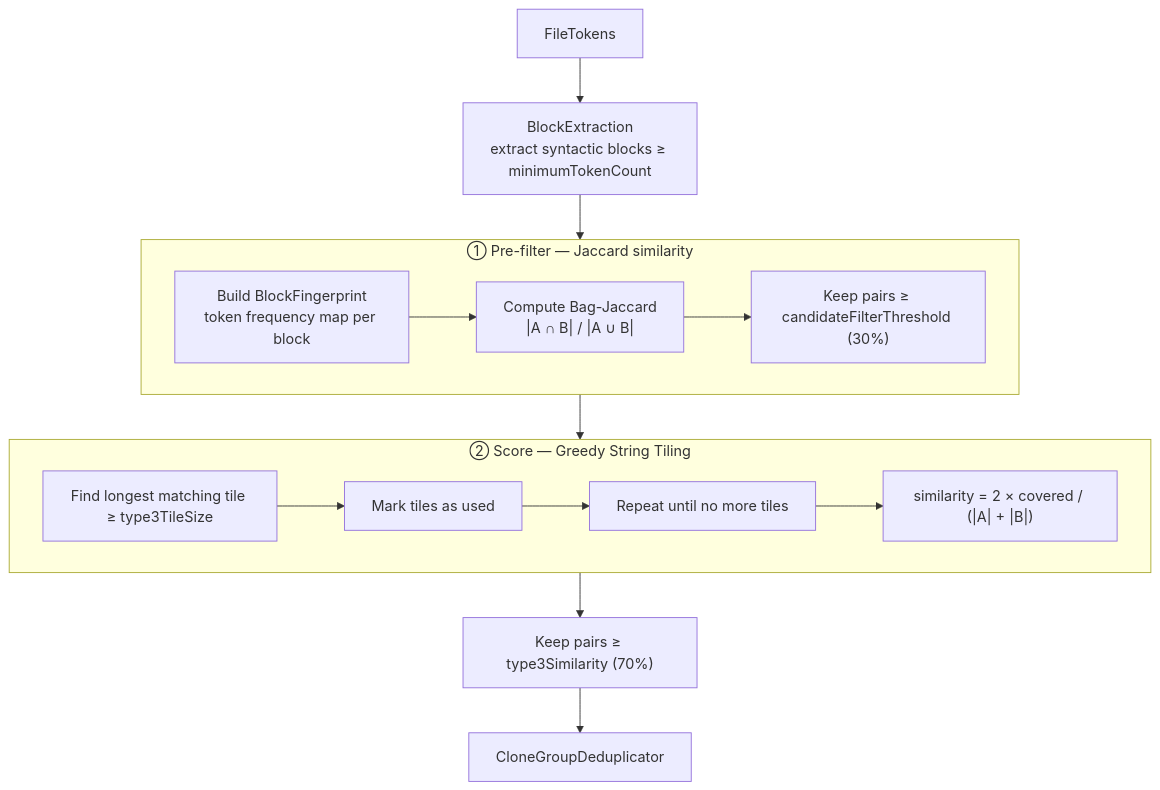
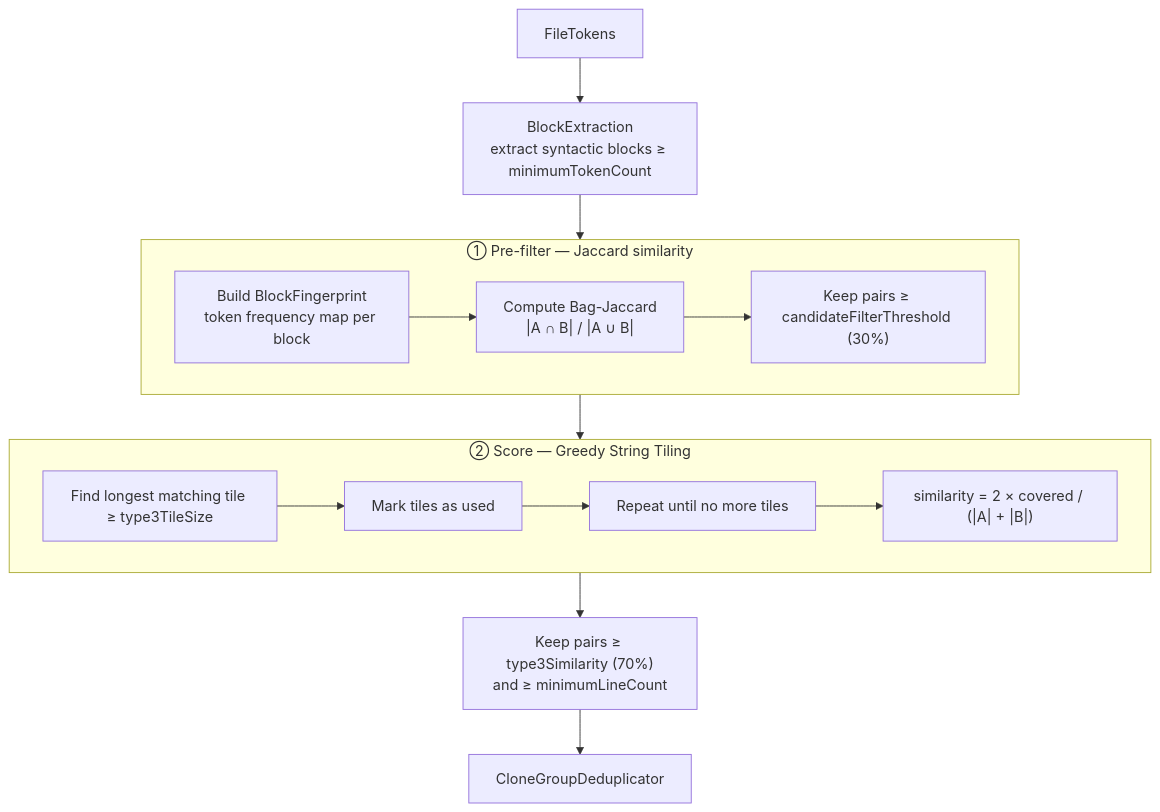
One commit to ericodx/swift-cpd changed the third of 4 diagrams in Docs/Architecture/03-detection.md. Above: the diagram before and after it, drawn with Mermaid. The commit also changed other lines of this file, not shown here.

Commit message:
docs: correct block kinds, filters, ASG nodes and scoring weights in the detection architecture

````diff
--- a/Docs/Architecture/03-detection.md
+++ b/Docs/Architecture/03-detection.md
@@ -87,22 +87,22 @@
 ```mermaid
 flowchart TD
     A[FileTokens] --> B["BlockExtraction<br/>extract syntactic blocks ≥ minimumTokenCount"]
     B --> C
 
     subgraph C["① Pre-filter — Jaccard similarity"]
         C1[Build BlockFingerprint<br/>token frequency map per block]
         C1 --> C2["Compute Bag-Jaccard<br/>|A ∩ B| / |A ∪ B|"]
         C2 --> C3["Keep pairs ≥ candidateFilterThreshold (30%)"]
     end
 
     C --> D
 
     subgraph D["② Score — Greedy String Tiling"]
         D1[Find longest matching tile ≥ type3TileSize] --> D2[Mark tiles as used]
         D2 --> D3[Repeat until no more tiles]
         D3 --> D4["similarity = 2 × covered / (|A| + |B|)"]
     end
 
-    D --> E["Keep pairs ≥ type3Similarity (70%)"]
+    D --> E["Keep pairs ≥ type3Similarity (70%)<br/>and ≥ minimumLineCount"]
     E --> F[CloneGroupDeduplicator]
 ```
````
